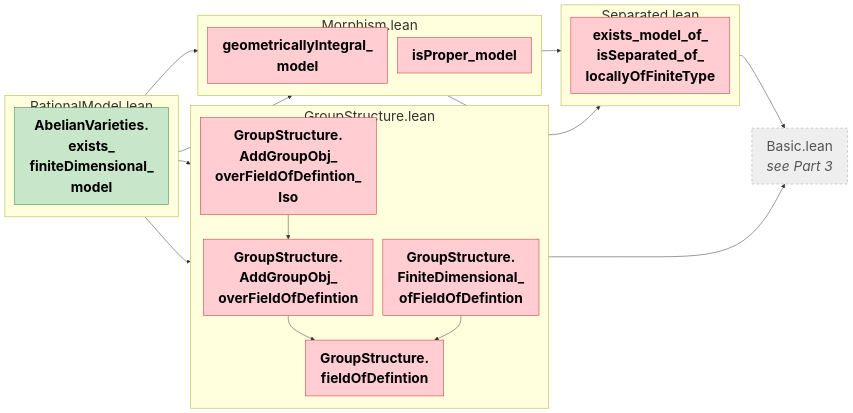
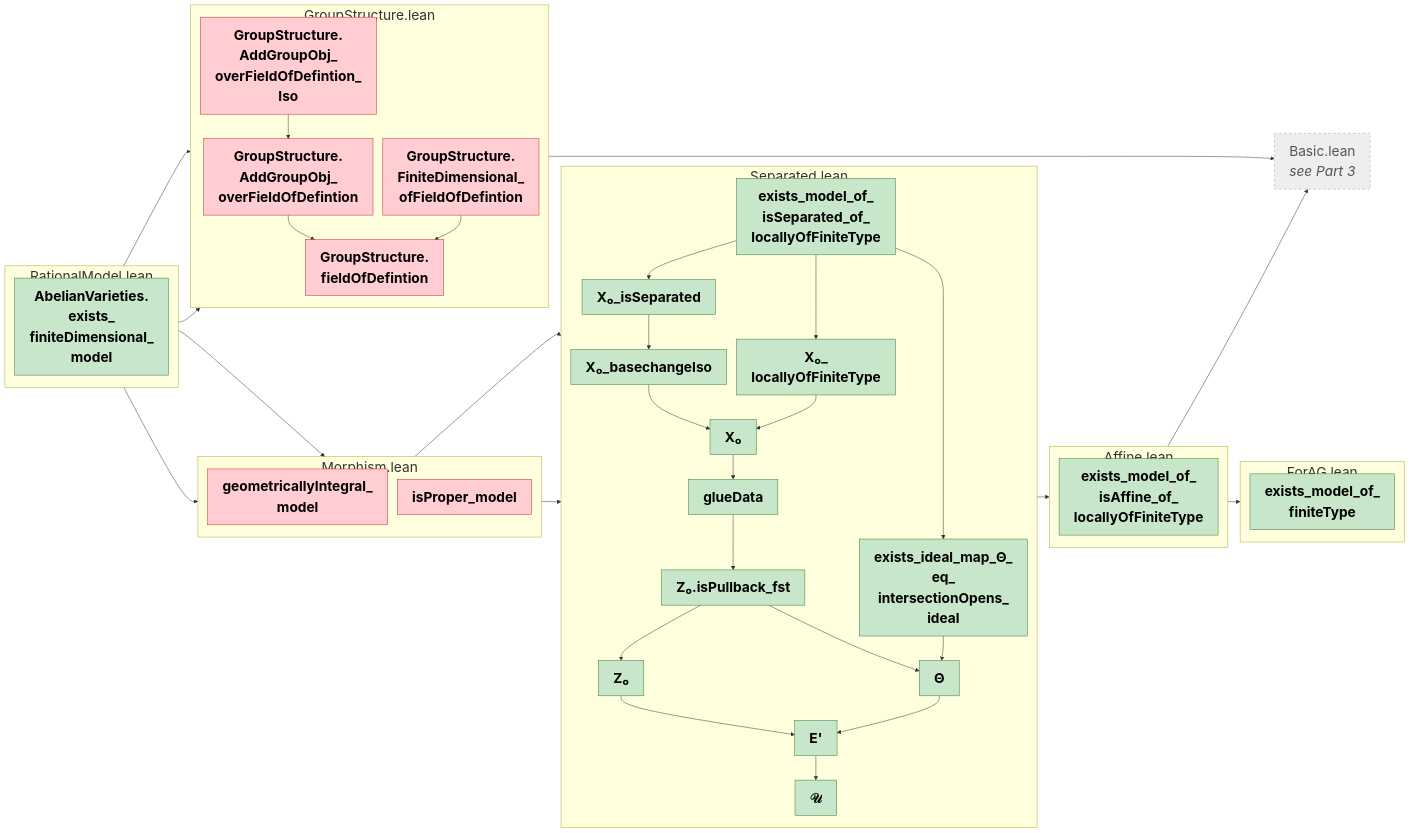
The fourth of 5 diagrams in CMAbelianVarieties/MindMapStep2.md (abhijitaj1997/CMAbelianVarieties), drawn with Mermaid before and after one commit. The commit also changed other lines of this file and 2 other files, not shown here.

Commit message:
prove exists_model_of_isSeparated_of_locallyOfFiniteType; update MindMapStep2 and CLAUDE.md
Glue the affine models of the charts over a common number field into a separated
model of finite type, and identify its base change with X. Reuses
exists_ideal_map_Θ_eq_intersectionOpens_ideal and productOpens_globalsections_ofAffine.

````diff
--- a/CMAbelianVarieties/MindMapStep2.md
+++ b/CMAbelianVarieties/MindMapStep2.md
@@ -316,45 +327,80 @@
 ```mermaid
 %%{init: {"flowchart": {"useMaxWidth": false, "rankSpacing": 25, "nodeSpacing": 20}, "themeVariables": {"fontSize": "28px"}}}%%
 graph LR
+  subgraph m_CMAbelianVarieties_Algebra_ForAG["ForAG.lean"]
+    direction TB
+    n_exists_model_of_finiteType["<b>exists_model_of_<br/>finiteType</b>"]
+  end
   subgraph m_CMAbelianVarieties_AlgebraicGeometry_AbelianVarieties_RationalModel["RationalModel.lean"]
     direction TB
     n_AbelianVarieties_exists_finiteDimensional_model["<b>AbelianVarieties.<br/>exists_<br/>finiteDimensional_<br/>model</b>"]
+  end
+  subgraph m_CMAbelianVarieties_AlgebraicGeometry_RationalModel_Affine["Affine.lean"]
+    direction TB
+    n_exists_model_of_isAffine_of_locallyOfFiniteType["<b>exists_model_of_<br/>isAffine_of_<br/>locallyOfFiniteType</b>"]
   end
   subgraph m_CMAbelianVarieties_AlgebraicGeometry_RationalModel_GroupStructure["GroupStructure.lean"]
     direction TB
     n_GroupStructure_AddGroupObj_overFieldOfDefintion["<b>GroupStructure.<br/>AddGroupObj_<br/>overFieldOfDefintion</b>"]
     n_GroupStructure_AddGroupObj_overFieldOfDefintion_Iso["<b>GroupStructure.<br/>AddGroupObj_<br/>overFieldOfDefintion_<br/>Iso</b>"]
     n_GroupStructure_FiniteDimensional_ofFieldOfDefintion["<b>GroupStructure.<br/>FiniteDimensional_<br/>ofFieldOfDefintion</b>"]
     n_GroupStructure_fieldOfDefintion["<b>GroupStructure.<br/>fieldOfDefintion</b>"]
   end
   subgraph m_CMAbelianVarieties_AlgebraicGeometry_RationalModel_Morphism["Morphism.lean"]
     direction TB
     n_geometricallyIntegral_model["<b>geometricallyIntegral_<br/>model</b>"]
     n_isProper_model["<b>isProper_model</b>"]
   end
   subgraph m_CMAbelianVarieties_AlgebraicGeometry_RationalModel_Separated["Separated.lean"]
     direction TB
+    n_Eu27["<b>E'</b>"]
+    n_Xu2080["<b>X₀</b>"]
+    n_Xu2080_basechangeIso["<b>X₀_basechangeIso</b>"]
+    n_Xu2080_isSeparated["<b>X₀_isSeparated</b>"]
+    n_Xu2080_locallyOfFiniteType["<b>X₀_<br/>locallyOfFiniteType</b>"]
+    n_Zu2080["<b>Z₀</b>"]
+    n_Zu2080_isPullback_fst["<b>Z₀.isPullback_fst</b>"]
+    n_exists_ideal_map_u398_eq_intersectionOpens_ideal["<b>exists_ideal_map_Θ_<br/>eq_<br/>intersectionOpens_<br/>ideal</b>"]
     n_exists_model_of_isSeparated_of_locallyOfFiniteType["<b>exists_model_of_<br/>isSeparated_of_<br/>locallyOfFiniteType</b>"]
+    n_glueData["<b>glueData</b>"]
+    n_u398["<b>Θ</b>"]
+    n_u1d4b0["<b>𝒰</b>"]
   end
   x_CMAbelianVarieties_AlgebraicGeometry_Basic["Basic.lean<br/><i>see Part 3</i>"]
 
   n_AbelianVarieties_exists_finiteDimensional_model --> n_GroupStructure_AddGroupObj_overFieldOfDefintion_Iso
   n_AbelianVarieties_exists_finiteDimensional_model --> n_GroupStructure_FiniteDimensional_ofFieldOfDefintion
   n_AbelianVarieties_exists_finiteDimensional_model --> n_geometricallyIntegral_model
   n_AbelianVarieties_exists_finiteDimensional_model --> n_isProper_model
+  n_Eu27 --> n_exists_model_of_isAffine_of_locallyOfFiniteType
+  n_Eu27 --> n_u1d4b0
   n_GroupStructure_AddGroupObj_overFieldOfDefintion --> n_GroupStructure_fieldOfDefintion
   n_GroupStructure_AddGroupObj_overFieldOfDefintion_Iso --> n_GroupStructure_AddGroupObj_overFieldOfDefintion
   n_GroupStructure_FiniteDimensional_ofFieldOfDefintion --> n_GroupStructure_fieldOfDefintion
   n_GroupStructure_fieldOfDefintion --> x_CMAbelianVarieties_AlgebraicGeometry_Basic
-  n_exists_model_of_isSeparated_of_locallyOfFiniteType --> x_CMAbelianVarieties_AlgebraicGeometry_Basic
+  n_Xu2080 --> n_glueData
+  n_Xu2080_basechangeIso --> n_Xu2080
+  n_Xu2080_isSeparated --> n_Xu2080_basechangeIso
+  n_Xu2080_locallyOfFiniteType --> n_Xu2080
+  n_Zu2080 --> n_Eu27
+  n_Zu2080_isPullback_fst --> n_Zu2080
+  n_Zu2080_isPullback_fst --> n_u398
+  n_exists_ideal_map_u398_eq_intersectionOpens_ideal --> n_u398
+  n_exists_model_of_isAffine_of_locallyOfFiniteType --> n_exists_model_of_finiteType
+  n_exists_model_of_isAffine_of_locallyOfFiniteType --> x_CMAbelianVarieties_AlgebraicGeometry_Basic
+  n_exists_model_of_isSeparated_of_locallyOfFiniteType --> n_Xu2080_isSeparated
+  n_exists_model_of_isSeparated_of_locallyOfFiniteType --> n_Xu2080_locallyOfFiniteType
+  n_exists_model_of_isSeparated_of_locallyOfFiniteType --> n_exists_ideal_map_u398_eq_intersectionOpens_ideal
   n_geometricallyIntegral_model --> n_exists_model_of_isSeparated_of_locallyOfFiniteType
+  n_glueData --> n_Zu2080_isPullback_fst
   n_isProper_model --> n_exists_model_of_isSeparated_of_locallyOfFiniteType
+  n_u398 --> n_Eu27
 
   classDef ok fill:#c8e6c9,stroke:#2e7d32,color:#000
   classDef bad fill:#ffcdd2,stroke:#c62828,color:#000
   classDef main fill:#ffd54f,stroke:#b8860b,stroke-width:3px,color:#000
   classDef ext fill:#eeeeee,stroke:#9e9e9e,stroke-dasharray:5 5,color:#555
-  class n_AbelianVarieties_exists_finiteDimensional_model ok
-  class n_GroupStructure_AddGroupObj_overFieldOfDefintion,n_GroupStructure_AddGroupObj_overFieldOfDefintion_Iso,n_GroupStructure_FiniteDimensional_ofFieldOfDefintion,n_GroupStructure_fieldOfDefintion,n_exists_model_of_isSeparated_of_locallyOfFiniteType,n_geometricallyIntegral_model,n_isProper_model bad
+  class n_AbelianVarieties_exists_finiteDimensional_model,n_Eu27,n_Xu2080,n_Xu2080_basechangeIso,n_Xu2080_isSeparated,n_Xu2080_locallyOfFiniteType,n_Zu2080,n_Zu2080_isPullback_fst,n_exists_ideal_map_u398_eq_intersectionOpens_ideal,n_exists_model_of_finiteType,n_exists_model_of_isAffine_of_locallyOfFiniteType,n_exists_model_of_isSeparated_of_locallyOfFiniteType,n_glueData,n_u398,n_u1d4b0 ok
+  class n_GroupStructure_AddGroupObj_overFieldOfDefintion,n_GroupStructure_AddGroupObj_overFieldOfDefintion_Iso,n_GroupStructure_FiniteDimensional_ofFieldOfDefintion,n_GroupStructure_fieldOfDefintion,n_geometricallyIntegral_model,n_isProper_model bad
   class x_CMAbelianVarieties_AlgebraicGeometry_Basic ext
 ```
````
